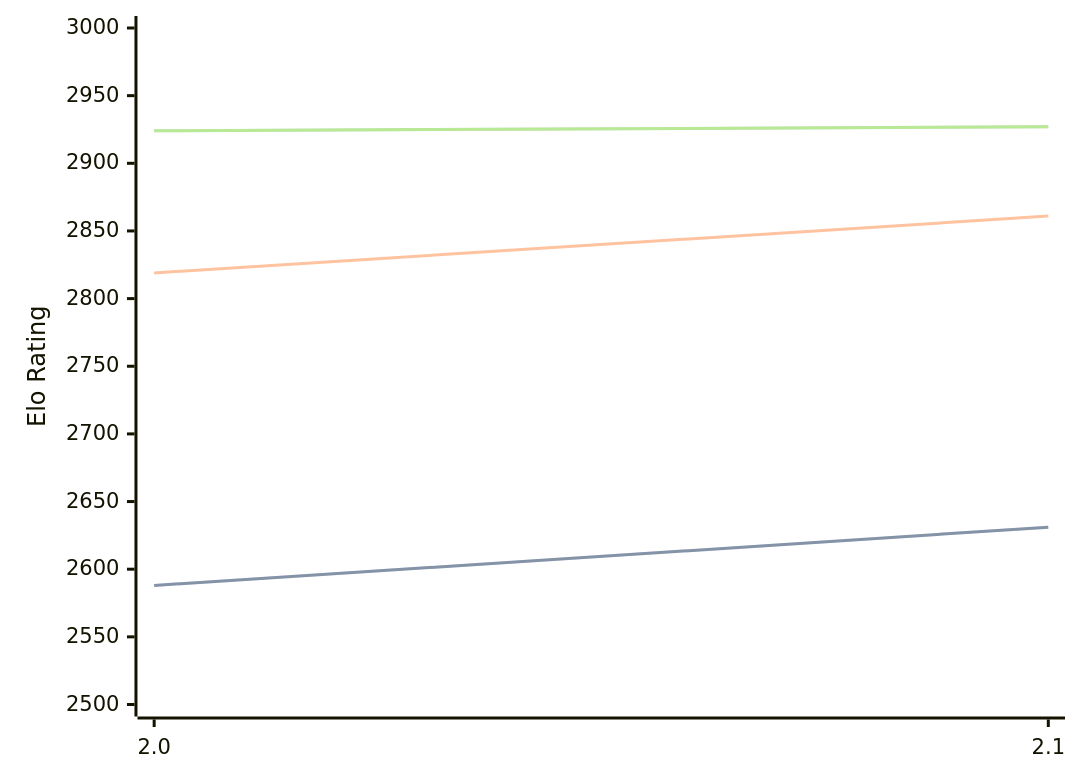
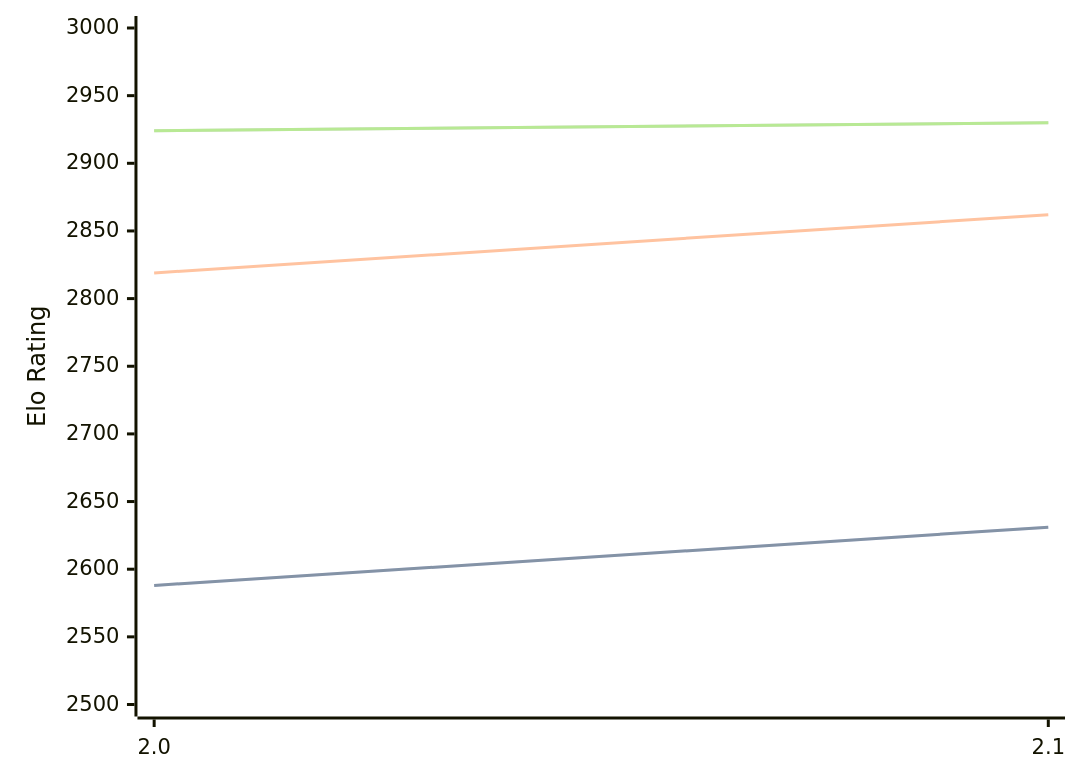
One commit to computer-chess-index/cci changed the diagram in engines/Noggin.md. Above: the diagram before and after it, drawn with Mermaid. The commit also changed other lines of this file, not shown here.

Commit message:
Update CCI Ratings (ELO VLTC) - 2026-08-05

````diff
--- a/engines/Noggin.md
+++ b/engines/Noggin.md
@@ -33,11 +33,11 @@
 ```mermaid
 %%{init: {"theme":"base","themeVariables":{"seriesColors:['#a3a3a3','#222221','#faa371']}}}%%
 xychart-beta
   x-axis ["2.0", "2.1"]
   y-axis "Elo Rating" 2500 --> 3000
   line "STC (8.0+0.08s)" [2588, 2631]
   line "STC (8.0+0.08s)" [2588, 2631]
-  line "LTC (60.0+0.60s)" [2819, 2861]
-  line "VLTC (2m24s+1.12s)" [2924, 2927]
-  line "VLTC (2m24s+1.12s)" [2924, 2927]
+  line "LTC (60.0+0.60s)" [2819, 2862]
+  line "VLTC (2m24s+1.12s)" [2924, 2930]
+  line "VLTC (2m24s+1.12s)" [2924, 2930]
 ```
````
